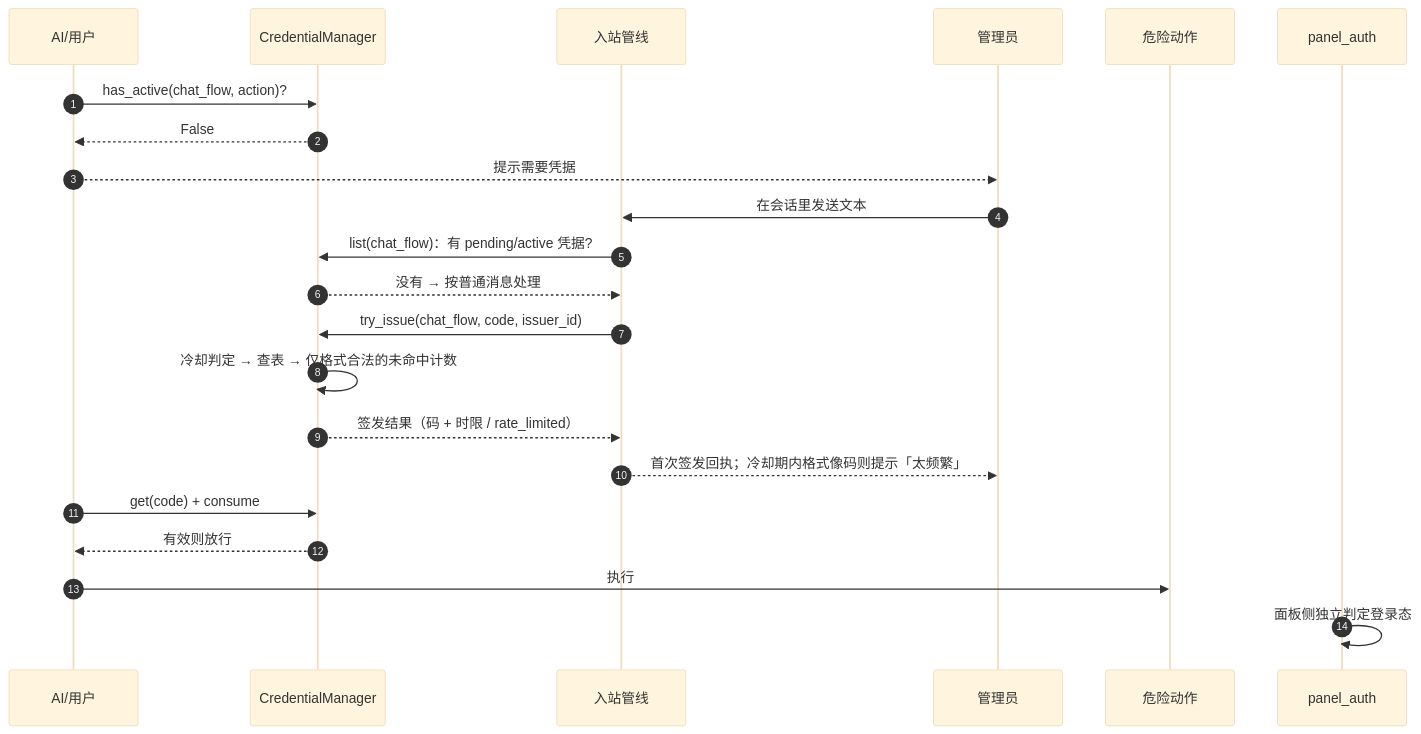
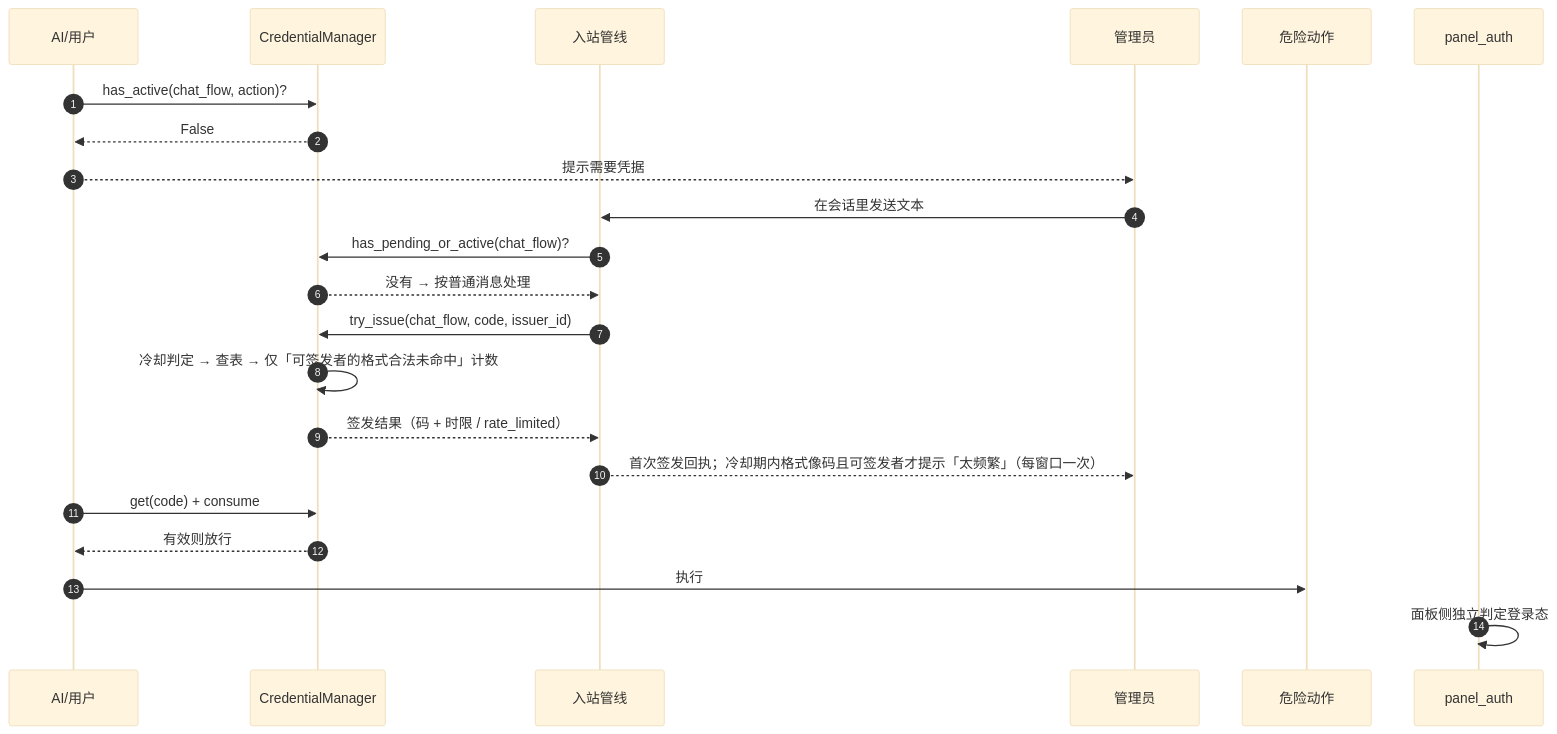
The second of 8 diagrams in docs/flow/19-credentials-security.md (SuperQuail/NeoBot), drawn with Mermaid (base theme) before and after one commit. The commit also changed other lines of this file and 5 other files, not shown here.

````diff
--- a/docs/flow/19-credentials-security.md
+++ b/docs/flow/19-credentials-security.md
@@ -66,25 +64,25 @@
 ```mermaid
 sequenceDiagram
     autonumber
     participant AG as AI/用户
     participant CM as CredentialManager
     participant RT as 入站管线
     participant AD as 管理员
     participant ACT as 危险动作
     participant PA as panel_auth
 
     AG->>CM: has_active(chat_flow, action)?
     CM-->>AG: False
     AG-->>AD: 提示需要凭据
     AD->>RT: 在会话里发送文本
-    RT->>CM: list(chat_flow)：有 pending/active 凭据?
+    RT->>CM: has_pending_or_active(chat_flow)?
     CM-->>RT: 没有 → 按普通消息处理
     RT->>CM: try_issue(chat_flow, code, issuer_id)
-    CM->>CM: 冷却判定 → 查表 → 仅格式合法的未命中计数
+    CM->>CM: 冷却判定 → 查表 → 仅「可签发者的格式合法未命中」计数
     CM-->>RT: 签发结果（码 + 时限 / rate_limited）
-    RT-->>AD: 首次签发回执；冷却期内格式像码则提示「太频繁」
+    RT-->>AD: 首次签发回执；冷却期内格式像码且可签发者才提示「太频繁」（每窗口一次）
     AG->>CM: get(code) + consume
     CM-->>AG: 有效则放行
     AG->>ACT: 执行
     PA->>PA: 面板侧独立判定登录态
 ```
````
